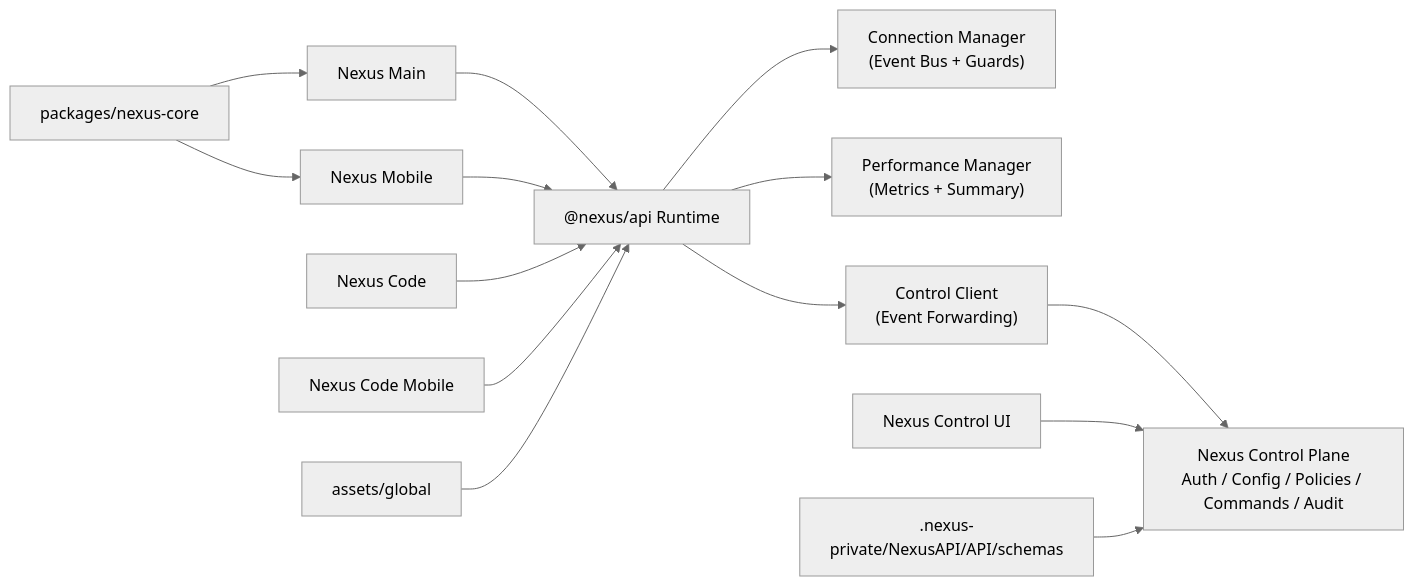
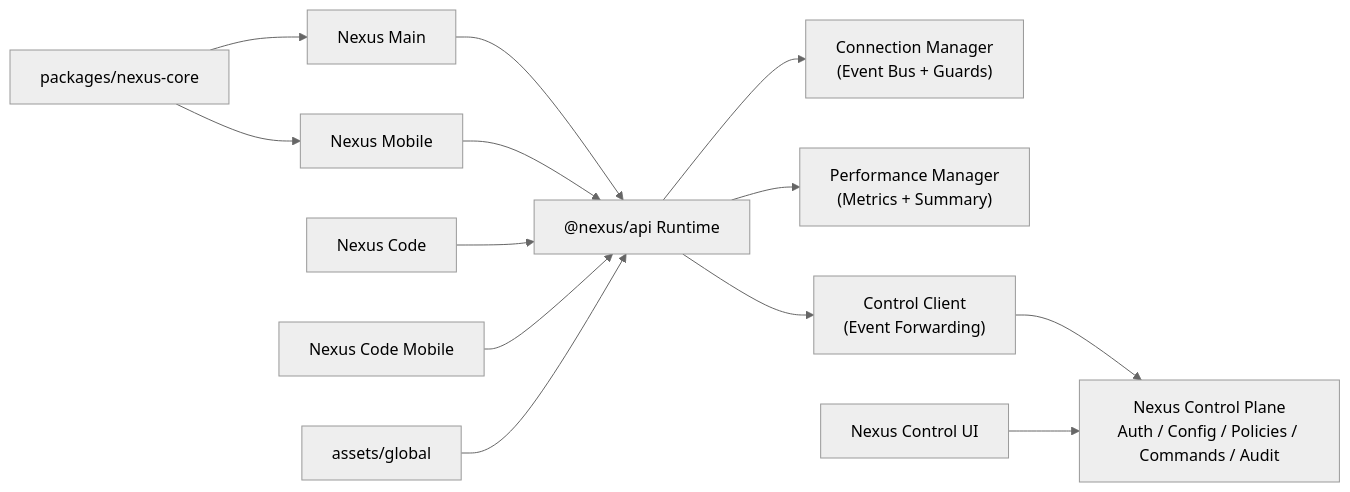
One commit to YoungJibbit95/Nexus-Ecosystem changed the diagram in README.md. Above: the diagram before and after it, drawn with Mermaid (neutral theme). The commit also changed other lines of this file and 49 other files, not shown here.

Commit message:
refactor(ecosystem): migrate to hosted API client in nexus-core

````diff
--- a/README.md
+++ b/README.md
@@ -61,19 +60,18 @@
 ```mermaid
 flowchart LR
   A["Nexus Main"] --> R["@nexus/api Runtime"]
   B["Nexus Mobile"] --> R
   C["Nexus Code"] --> R
   D["Nexus Code Mobile"] --> R
 
   R --> E["Connection Manager\n(Event Bus + Guards)"]
   R --> F["Performance Manager\n(Metrics + Summary)"]
   R --> G["Control Client\n(Event Forwarding)"]
 
   G --> H["Nexus Control Plane\nAuth / Config / Policies / Commands / Audit"]
   I["Nexus Control UI"] --> H
 
-  J[".nexus-private/NexusAPI/API/schemas"] --> H
   K["packages/nexus-core"] --> A
   K --> B
   L["assets/global"] --> R
 ```
````
